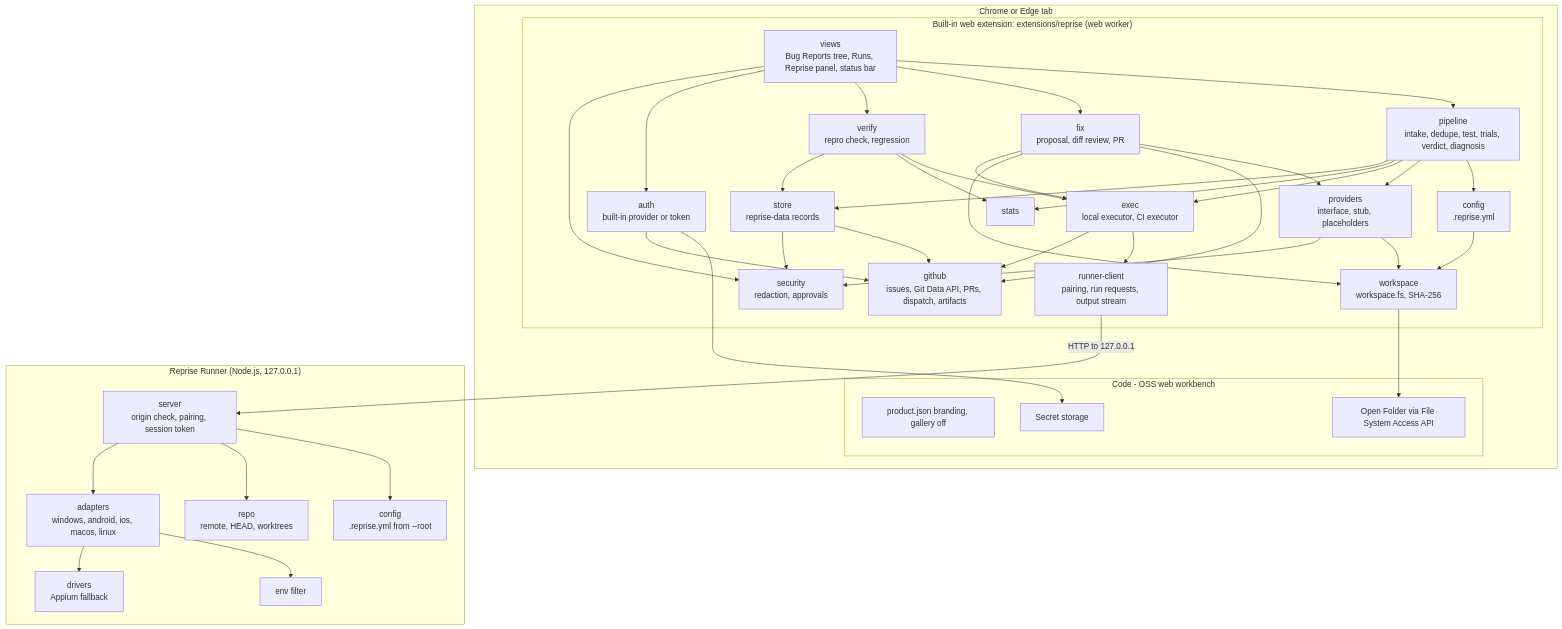
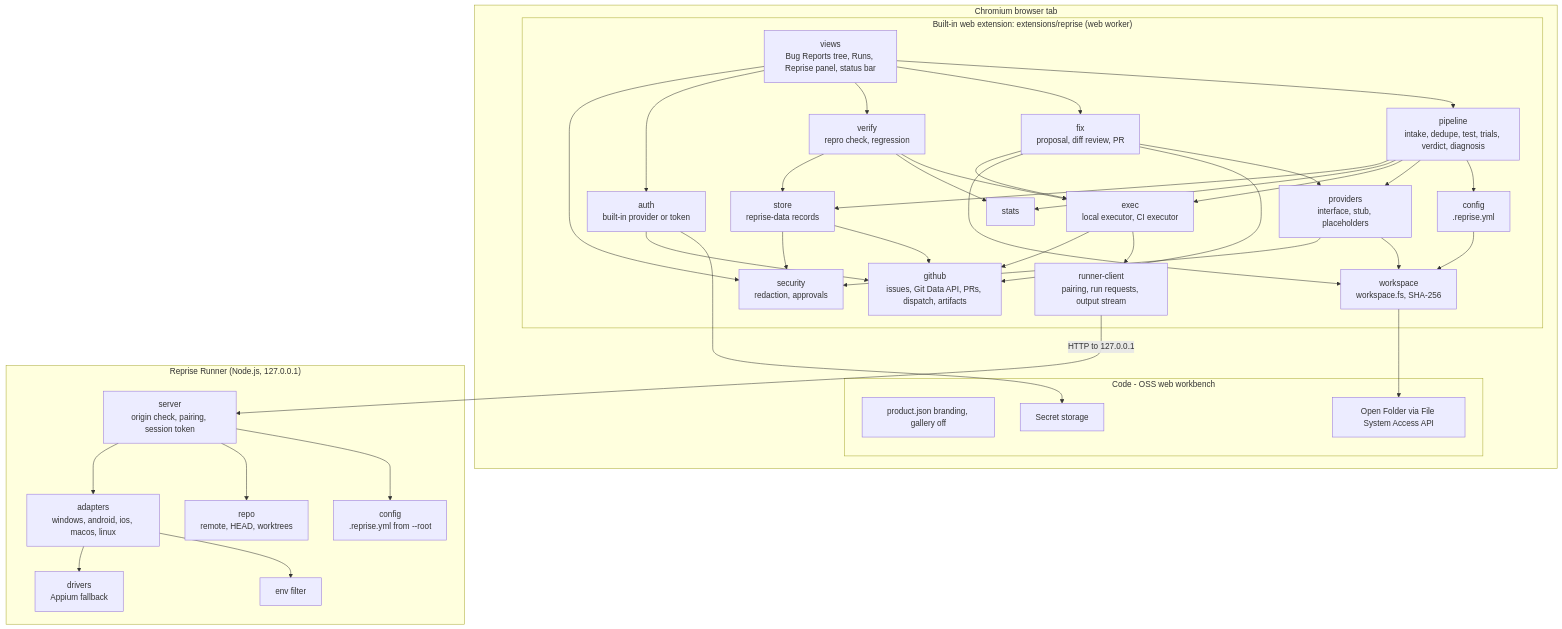
One commit to karlphoenixcornilla/ibm-hackathon-2026 changed the diagram in docs/kit/01-architecture/diagrams/ide-components.mmd. Above: the diagram before and after it, drawn with Mermaid. The commit also changed 17 other files, not shown here.

```diff
--- a/docs/kit/01-architecture/diagrams/ide-components.mmd
+++ b/docs/kit/01-architecture/diagrams/ide-components.mmd
@@ -1,68 +1,68 @@
 %% Reprise IDE - components (v3, browser-based)
 flowchart TB
-    subgraph Browser["Chrome or Edge tab"]
+    subgraph Browser["Chromium browser tab"]
         subgraph WB["Code - OSS web workbench"]
             product["product.json branding, gallery off"]
             fsa["Open Folder via File System Access API"]
             secrets["Secret storage"]
         end
         subgraph Ext["Built-in web extension: extensions/reprise (web worker)"]
             views["views<br/>Bug Reports tree, Runs, Reprise panel, status bar"]
             auth["auth<br/>built-in provider or token"]
             gh["github<br/>issues, Git Data API, PRs, dispatch, artifacts"]
             ws["workspace<br/>workspace.fs, SHA-256"]
             cfg["config<br/>.reprise.yml"]
             pipe["pipeline<br/>intake, dedupe, test, trials, verdict, diagnosis"]
             prov["providers<br/>interface, stub, placeholders"]
             exec["exec<br/>local executor, CI executor"]
             rc["runner-client<br/>pairing, run requests, output stream"]
             fix["fix<br/>proposal, diff review, PR"]
             ver["verify<br/>repro check, regression"]
             stats["stats"]
             store["store<br/>reprise-data records"]
             sec["security<br/>redaction, approvals"]
         end
     end
 
     subgraph Runner["Reprise Runner (Node.js, 127.0.0.1)"]
         srv["server<br/>origin check, pairing, session token"]
         rcfg["config<br/>.reprise.yml from --root"]
         repo["repo<br/>remote, HEAD, worktrees"]
         adapt["adapters<br/>windows, android, ios, macos, linux"]
         drv["drivers<br/>Appium fallback"]
         env["env filter"]
     end
 
     views --> pipe
     views --> fix
     views --> ver
     views --> auth
     auth --> secrets
     auth --> gh
     ws --> fsa
     cfg --> ws
     prov --> ws
     pipe --> cfg
     pipe --> prov
     pipe --> exec
     pipe --> stats
     pipe --> store
     fix --> prov
     fix --> gh
     fix --> ws
     fix --> exec
     ver --> exec
     ver --> stats
     ver --> store
     exec --> rc
     exec --> gh
     store --> gh
     prov --> sec
     views --> sec
     store --> sec
     rc -->|HTTP to 127.0.0.1| srv
     srv --> rcfg
     srv --> repo
     srv --> adapt
     adapt --> env
     adapt --> drv
```
